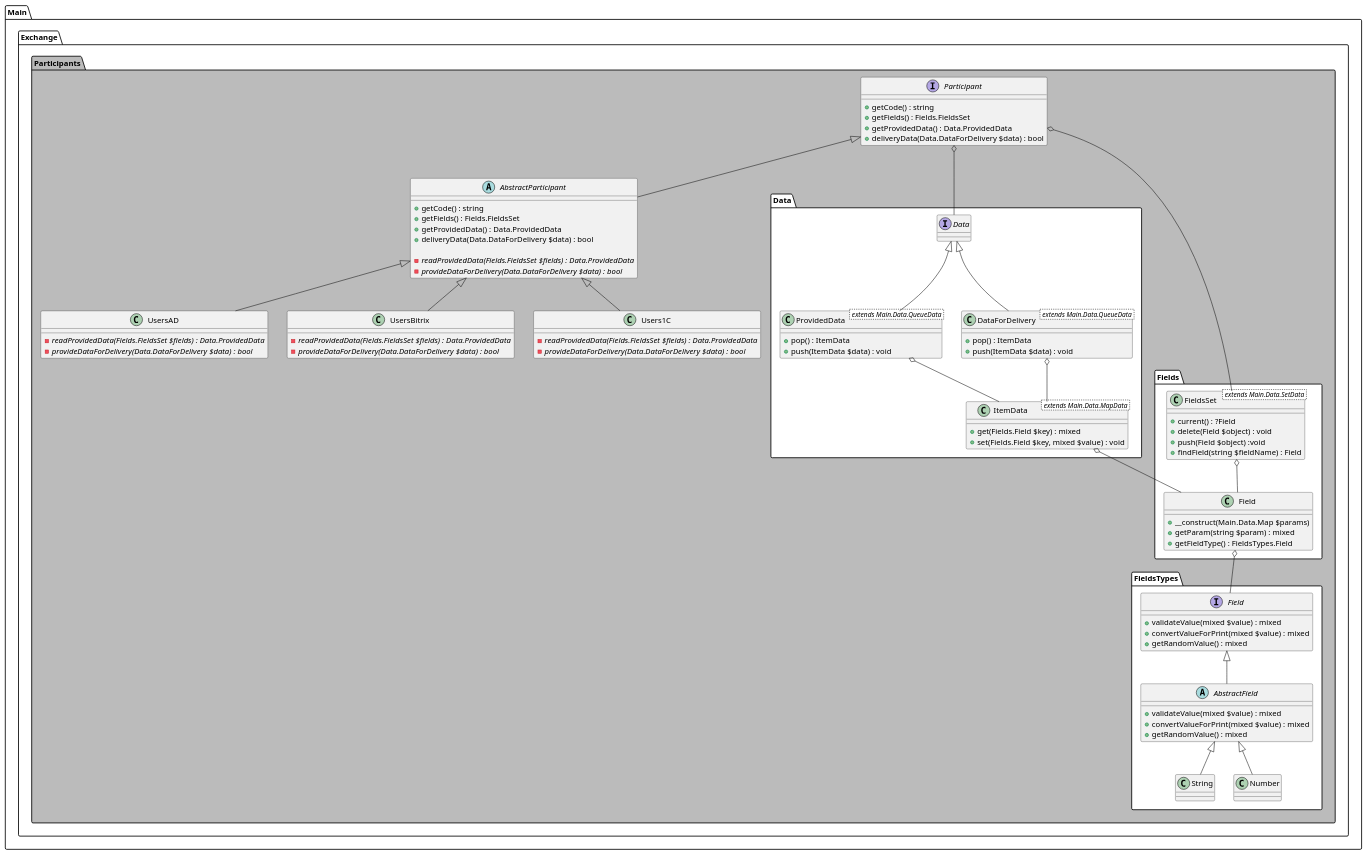
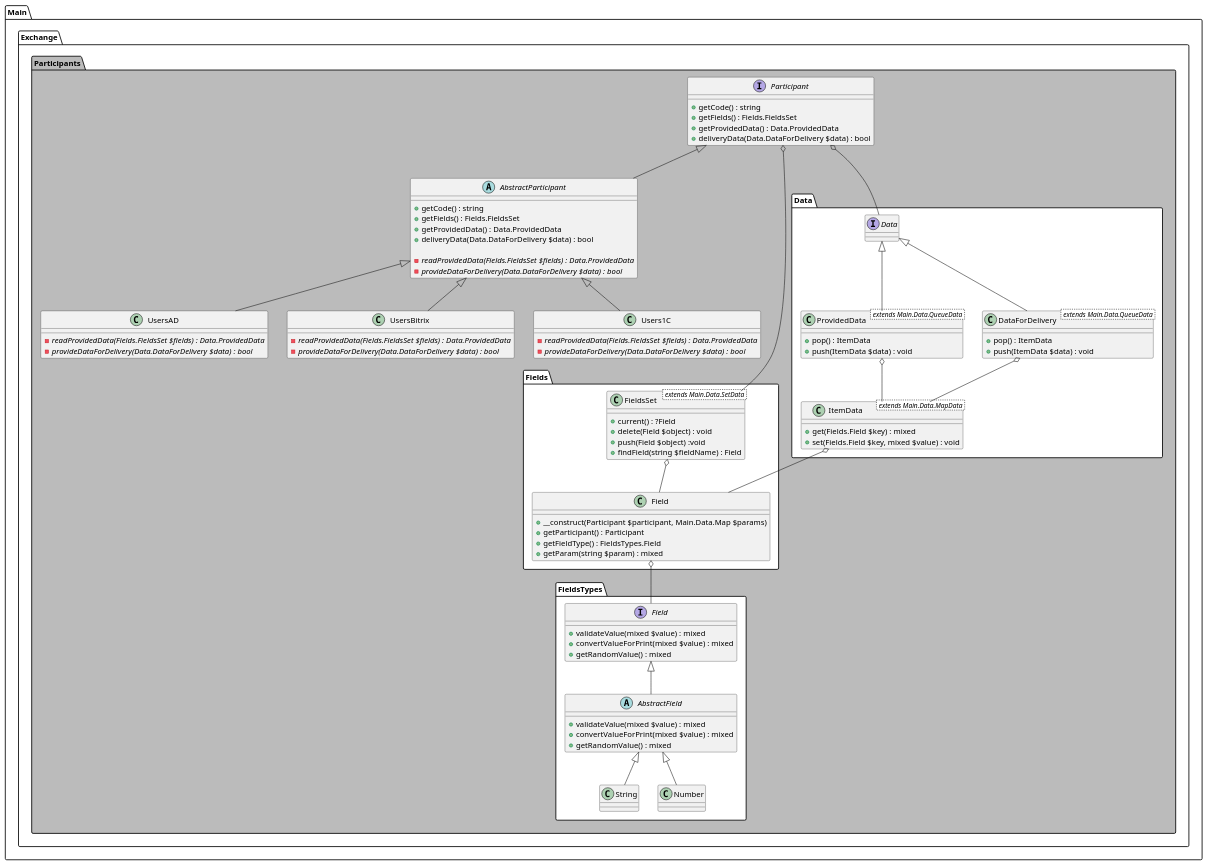
One commit to HvorostenkoNV/Exchanges changed the diagram in uml/exchange/participants.puml. Above: the diagram before and after it, drawn with PlantUML. The commit also changed 32 other files, not shown here.

```diff
--- a/uml/exchange/participants.puml
+++ b/uml/exchange/participants.puml
@@ -1,126 +1,127 @@
 @startuml
 
 namespace Main.Exchange.Participants #BBB {
     interface Participant {
         +getCode() : string
         +getFields() : Fields.FieldsSet
         +getProvidedData() : Data.ProvidedData
         +deliveryData(Data.DataForDelivery $data) : bool
     }
 
     abstract AbstractParticipant {
         +getCode() : string
         +getFields() : Fields.FieldsSet
         +getProvidedData() : Data.ProvidedData
         +deliveryData(Data.DataForDelivery $data) : bool
 
         -{abstract}readProvidedData(Fields.FieldsSet $fields) : Data.ProvidedData
         -{abstract}provideDataForDelivery(Data.DataForDelivery $data) : bool
     }
 
     class Users1C {
         -{abstract}readProvidedData(Fields.FieldsSet $fields) : Data.ProvidedData
         -{abstract}provideDataForDelivery(Data.DataForDelivery $data) : bool
     }
 
     class UsersAD {
         -{abstract}readProvidedData(Fields.FieldsSet $fields) : Data.ProvidedData
         -{abstract}provideDataForDelivery(Data.DataForDelivery $data) : bool
     }
 
     class UsersBitrix {
         -{abstract}readProvidedData(Fields.FieldsSet $fields) : Data.ProvidedData
         -{abstract}provideDataForDelivery(Data.DataForDelivery $data) : bool
     }
     /' ------------------------------------------- '/
-    /' ------------------ Data ------------------- '/
-    /' ------------------------------------------- '/
-    namespace Data #FFF {
-        interface Data {
-
-        }
-
-        class ProvidedData < extends Main.Data.QueueData > {
-            +pop() : ItemData
-            +push(ItemData $data) : void
-        }
-
-        class DataForDelivery < extends Main.Data.QueueData > {
-            +pop() : ItemData
-            +push(ItemData $data) : void
-        }
-
-        class ItemData < extends Main.Data.MapData > {
-            +get(Fields.Field $key) : mixed
-            +set(Fields.Field $key, mixed $value) : void
-        }
-
-        Data    <|--    ProvidedData
-        Data    <|--    DataForDelivery
-
-        ProvidedData    o-- ItemData
-        DataForDelivery o-- ItemData
-    }
-    /' ------------------------------------------- '/
     /' ----------------- Fields ------------------ '/
     /' ------------------------------------------- '/
     namespace Fields #FFF {
         class Field {
-            +__construct(Main.Data.Map $params)
+            +__construct(Participant $participant, Main.Data.Map $params)
+            +getParticipant() : Participant
+            +getFieldType() : FieldsTypes.Field
             +getParam(string $param) : mixed
-            +getFieldType() : FieldsTypes.Field
         }
 
         class FieldsSet < extends Main.Data.SetData > {
             +current() : ?Field
             +delete(Field $object) : void
             +push(Field $object) :void
             +findField(string $fieldName) : Field
         }
 
         FieldsSet o-- Field
     }
     /' ------------------------------------------- '/
     /' --------------- FieldsTypes --------------- '/
     /' ------------------------------------------- '/
     namespace FieldsTypes #FFF {
         interface Field {
             +validateValue(mixed $value) : mixed
             +convertValueForPrint(mixed $value) : mixed
             +getRandomValue() : mixed
         }
 
         abstract AbstractField {
             +validateValue(mixed $value) : mixed
             +convertValueForPrint(mixed $value) : mixed
             +getRandomValue() : mixed
         }
 
         class String {
 
         }
 
         class Number {
 
         }
 
         Field           <|--    AbstractField
         AbstractField   <|--    String
         AbstractField   <|--    Number
     }
     /' ------------------------------------------- '/
+    /' ------------------ Data ------------------- '/
+    /' ------------------------------------------- '/
+    namespace Data #FFF {
+        interface Data {
+
+        }
+
+        class ProvidedData < extends Main.Data.QueueData > {
+            +pop() : ItemData
+            +push(ItemData $data) : void
+        }
+
+        class DataForDelivery < extends Main.Data.QueueData > {
+            +pop() : ItemData
+            +push(ItemData $data) : void
+        }
+
+        class ItemData < extends Main.Data.MapData > {
+            +get(Fields.Field $key) : mixed
+            +set(Fields.Field $key, mixed $value) : void
+        }
+
+        Data    <|--    ProvidedData
+        Data    <|--    DataForDelivery
+
+        ProvidedData    o-- ItemData
+        DataForDelivery o-- ItemData
+    }
+    /' ------------------------------------------- '/
     /' ---------------- Relations ---------------- '/
     /' ------------------------------------------- '/
     Participant         <|--    AbstractParticipant
     AbstractParticipant <|--    Users1C
     AbstractParticipant <|--    UsersAD
     AbstractParticipant <|--    UsersBitrix
 
     Participant o-- Main.Exchange.Participants.Data.Data
     Participant o-- Main.Exchange.Participants.Fields.FieldsSet
 
     Main.Exchange.Participants.Fields.Field     o-- Main.Exchange.Participants.FieldsTypes.Field
     Main.Exchange.Participants.Data.ItemData    o-- Main.Exchange.Participants.Fields.Field
 }
 
 @enduml
```
